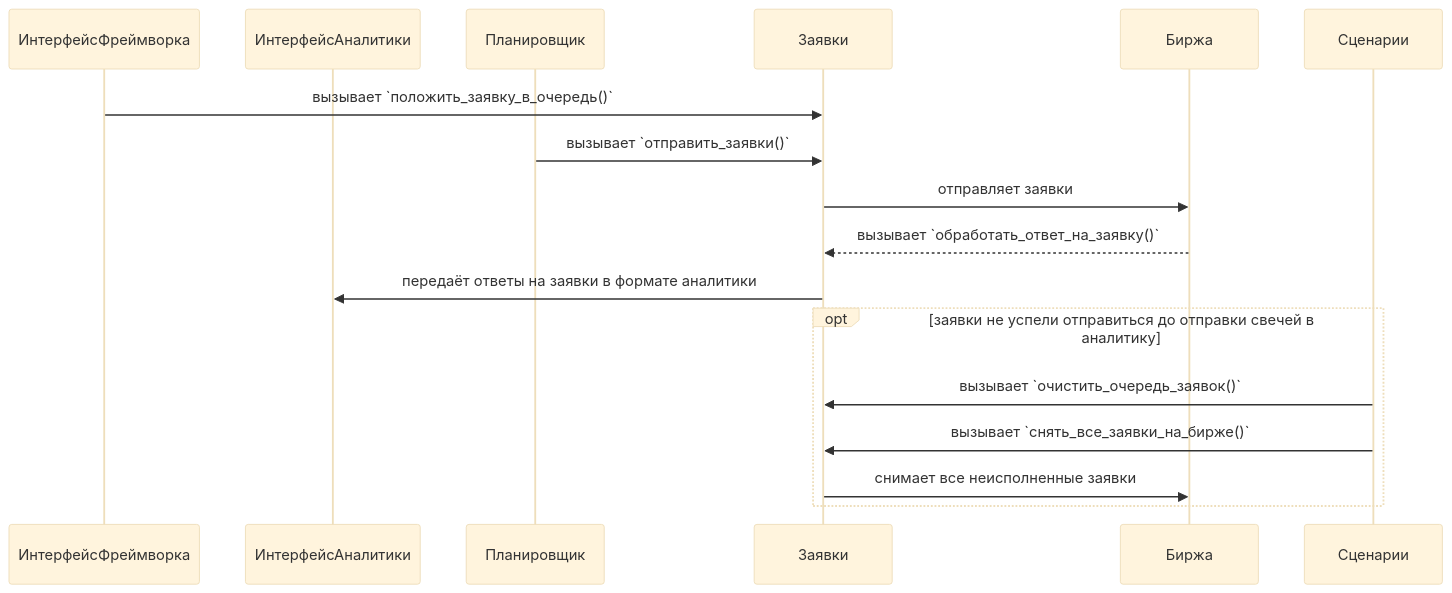
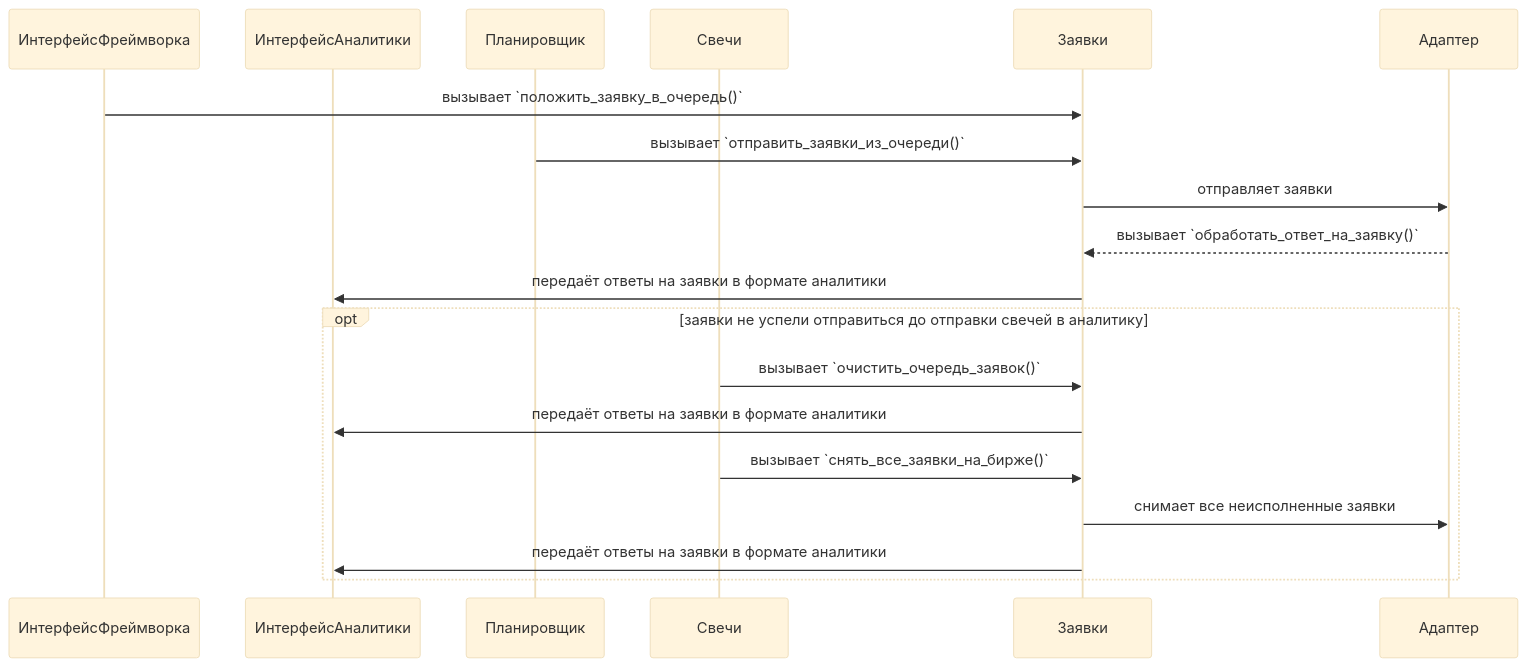
The ninth of 22 diagrams in robot-logic.md (Marat22/MiriadRobotDocs), drawn with Mermaid (base theme) before and after one commit. The commit also changed other lines of this file, not shown here.

````diff
--- a/robot-logic.md
+++ b/robot-logic.md
@@ -213,19 +216,22 @@
 ```mermaid
 sequenceDiagram
     participant ИнтерфейсФреймворка
     participant ИнтерфейсАналитики
     participant Планировщик
+    participant Свечи
     participant Заявки
-    participant Биржа
+    participant Адаптер
 
     ИнтерфейсФреймворка->>Заявки: вызывает `положить_заявку_в_очередь()`
-    Планировщик->>Заявки: вызывает `отправить_заявки()`
-    Заявки->>Биржа: отправляет заявки
-    Биржа-->>Заявки: вызывает `обработать_ответ_на_заявку()`
+    Планировщик->>Заявки: вызывает `отправить_заявки_из_очереди()`
+    Заявки->>Адаптер: отправляет заявки
+    Адаптер-->>Заявки: вызывает `обработать_ответ_на_заявку()`
     Заявки->>ИнтерфейсАналитики: передаёт ответы на заявки в формате аналитики
     opt заявки не успели отправиться до отправки свечей в аналитику
-    Сценарии->>Заявки: вызывает `очистить_очередь_заявок()`
-    Сценарии->>Заявки: вызывает `снять_все_заявки_на_бирже()`
-    Заявки->>Биржа: снимает все неисполненные заявки
+    Свечи->>Заявки: вызывает `очистить_очередь_заявок()`
+    Заявки->>ИнтерфейсАналитики: передаёт ответы на заявки в формате аналитики
+    Свечи->>Заявки: вызывает `снять_все_заявки_на_бирже()`
+    Заявки->>Адаптер: снимает все неисполненные заявки
+    Заявки->>ИнтерфейсАналитики: передаёт ответы на заявки в формате аналитики
     end
 ``` 
````
